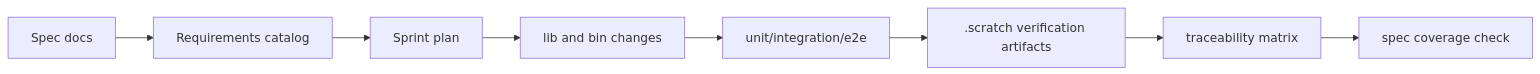
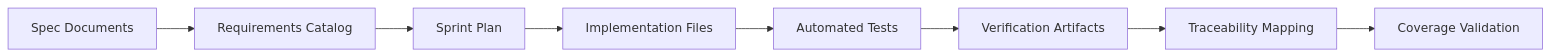
The fourth of 5 diagrams in docs/sprints/SPRINT-003-comprehensive-implementation-plan.md (jaytaylor/attractor-tcl), drawn with Mermaid before and after one commit. The commit also changed other lines of this file, not shown here.

Commit message:
docs: sync sprint 003 phase 0 completion evidence

````diff
--- a/docs/sprints/SPRINT-003-comprehensive-implementation-plan.md
+++ b/docs/sprints/SPRINT-003-comprehensive-implementation-plan.md
@@ -930,10 +528,10 @@
 ```mermaid
 flowchart LR
-  SPEC[Spec docs] --> REQ[Requirements catalog]
-  REQ --> PLAN[Sprint plan]
-  PLAN --> CODE[lib and bin changes]
-  CODE --> TESTS[unit/integration/e2e]
-  TESTS --> EVIDENCE[.scratch verification artifacts]
-  EVIDENCE --> TRACE[traceability matrix]
-  TRACE --> COVERAGE[spec coverage check]
+  SPEC[Spec Documents] --> CATALOG[Requirements Catalog]
+  CATALOG --> PLAN[Sprint Plan]
+  PLAN --> CODE[Implementation Files]
+  CODE --> TESTS[Automated Tests]
+  TESTS --> EVIDENCE[Verification Artifacts]
+  EVIDENCE --> TRACE[Traceability Mapping]
+  TRACE --> COVERAGE[Coverage Validation]
 ```
````
